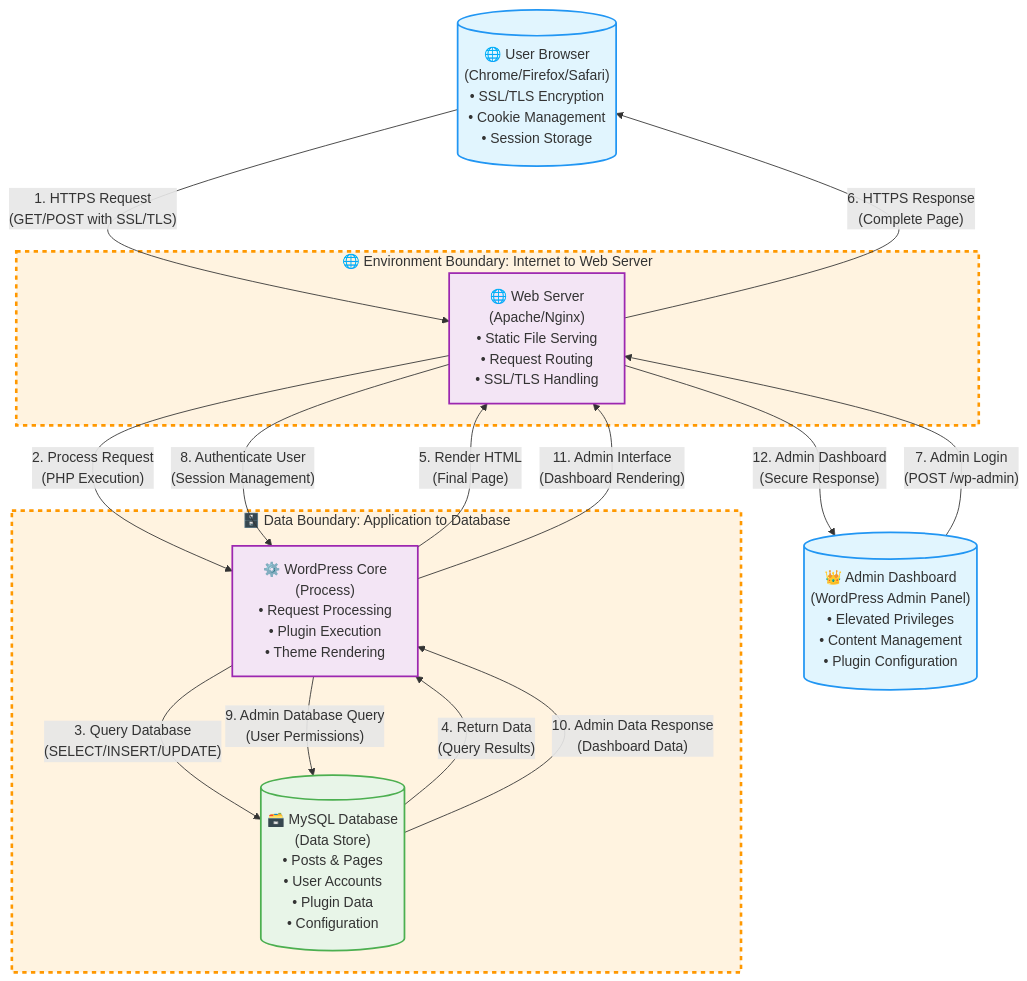
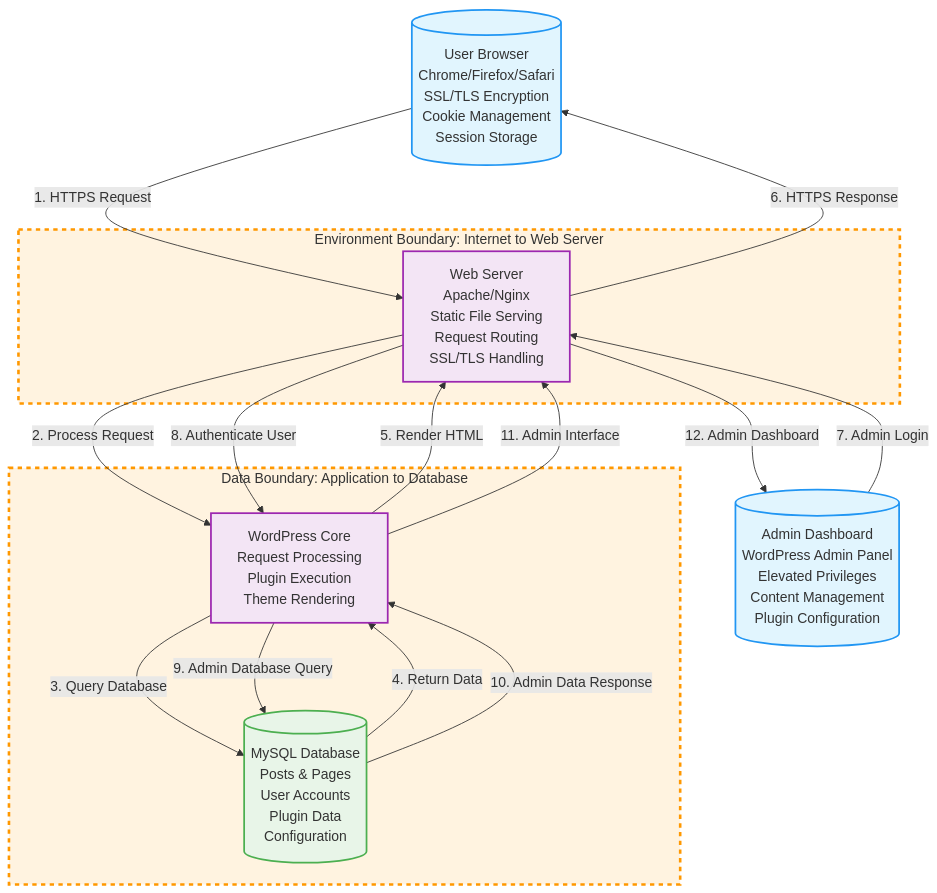
One commit to TRUPALIX9/study-reports changed the first of 3 diagrams in L04-Submission.md. Above: the diagram before and after it, drawn with Mermaid. The commit also changed other lines of this file and 1 other file, not shown here.

First line of the commit message:
Restructured diagrams with proper flow direction and professional formatting

````diff
--- a/L04-Submission.md
+++ b/L04-Submission.md
@@ -68,44 +68,44 @@
 ```mermaid
 graph TD
-    %% External Entities
-    User[("🌐 User Browser<br/>(Chrome/Firefox/Safari)<br/>• SSL/TLS Encryption<br/>• Cookie Management<br/>• Session Storage")]
-    Admin[("👑 Admin Dashboard<br/>(WordPress Admin Panel)<br/>• Elevated Privileges<br/>• Content Management<br/>• Plugin Configuration")]
+    %% External Entities - Top Level
+    User[("User Browser<br/>Chrome/Firefox/Safari<br/>SSL/TLS Encryption<br/>Cookie Management<br/>Session Storage")]
+    Admin[("Admin Dashboard<br/>WordPress Admin Panel<br/>Elevated Privileges<br/>Content Management<br/>Plugin Configuration")]
     
-    %% Trust Boundary 1: Environment
-    subgraph TB1 ["🌐 Environment Boundary: Internet to Web Server"]
-        WebServer["🌐 Web Server<br/>(Apache/Nginx)<br/>• Static File Serving<br/>• Request Routing<br/>• SSL/TLS Handling"]
+    %% Trust Boundary 1: Environment - Middle Level
+    subgraph TB1 ["Environment Boundary: Internet to Web Server"]
+        WebServer["Web Server<br/>Apache/Nginx<br/>Static File Serving<br/>Request Routing<br/>SSL/TLS Handling"]
     end
     
-    %% Trust Boundary 2: Data
-    subgraph TB2 ["🗄️ Data Boundary: Application to Database"]
-        WordPressApp["⚙️ WordPress Core<br/>(Process)<br/>• Request Processing<br/>• Plugin Execution<br/>• Theme Rendering"]
-        MySQL[("🗃️ MySQL Database<br/>(Data Store)<br/>• Posts & Pages<br/>• User Accounts<br/>• Plugin Data<br/>• Configuration")]
+    %% Trust Boundary 2: Data - Bottom Level
+    subgraph TB2 ["Data Boundary: Application to Database"]
+        WordPressApp["WordPress Core<br/>Request Processing<br/>Plugin Execution<br/>Theme Rendering"]
+        MySQL[("MySQL Database<br/>Posts & Pages<br/>User Accounts<br/>Plugin Data<br/>Configuration")]
     end
     
-    %% Core Data Flow 1: User Request
-    User -->|"1. HTTPS Request<br/>(GET/POST with SSL/TLS)"| WebServer
-    WebServer -->|"2. Process Request<br/>(PHP Execution)"| WordPressApp
-    WordPressApp -->|"3. Query Database<br/>(SELECT/INSERT/UPDATE)"| MySQL
-    MySQL -->|"4. Return Data<br/>(Query Results)"| WordPressApp
-    WordPressApp -->|"5. Render HTML<br/>(Final Page)"| WebServer
-    WebServer -->|"6. HTTPS Response<br/>(Complete Page)"| User
+    %% Data Flow 1: User Request (Top to Bottom)
+    User -->|"1. HTTPS Request"| WebServer
+    WebServer -->|"2. Process Request"| WordPressApp
+    WordPressApp -->|"3. Query Database"| MySQL
+    MySQL -->|"4. Return Data"| WordPressApp
+    WordPressApp -->|"5. Render HTML"| WebServer
+    WebServer -->|"6. HTTPS Response"| User
     
-    %% Core Data Flow 2: Admin Operations
-    Admin -->|"7. Admin Login<br/>(POST /wp-admin)"| WebServer
-    WebServer -->|"8. Authenticate User<br/>(Session Management)"| WordPressApp
-    WordPressApp -->|"9. Admin Database Query<br/>(User Permissions)"| MySQL
-    MySQL -->|"10. Admin Data Response<br/>(Dashboard Data)"| WordPressApp
-    WordPressApp -->|"11. Admin Interface<br/>(Dashboard Rendering)"| WebServer
-    WebServer -->|"12. Admin Dashboard<br/>(Secure Response)"| Admin
+    %% Data Flow 2: Admin Operations (Top to Bottom)
+    Admin -->|"7. Admin Login"| WebServer
+    WebServer -->|"8. Authenticate User"| WordPressApp
+    WordPressApp -->|"9. Admin Database Query"| MySQL
+    MySQL -->|"10. Admin Data Response"| WordPressApp
+    WordPressApp -->|"11. Admin Interface"| WebServer
+    WebServer -->|"12. Admin Dashboard"| Admin
     
     %% Styling
     classDef external fill:#e1f5fe,stroke:#2196f3,stroke-width:2px
     classDef process fill:#f3e5f5,stroke:#9c27b0,stroke-width:2px
     classDef datastore fill:#e8f5e8,stroke:#4caf50,stroke-width:2px
     classDef trustboundary fill:#fff3e0,stroke:#ff9800,stroke-width:3px,stroke-dasharray: 5 5
     
     class User,Admin external
     class WebServer,WordPressApp process
     class MySQL datastore
     class TB1,TB2 trustboundary
 ```
````
